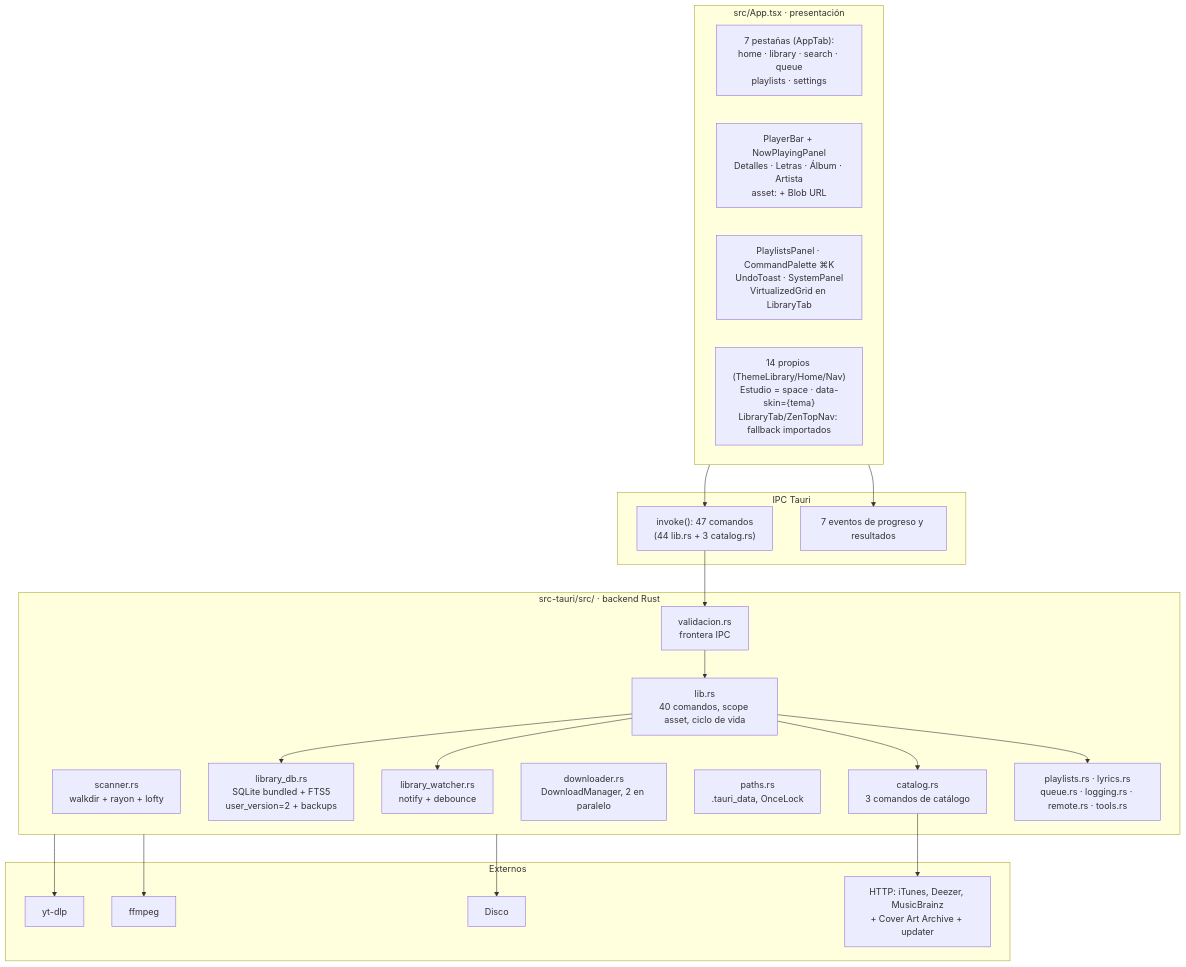
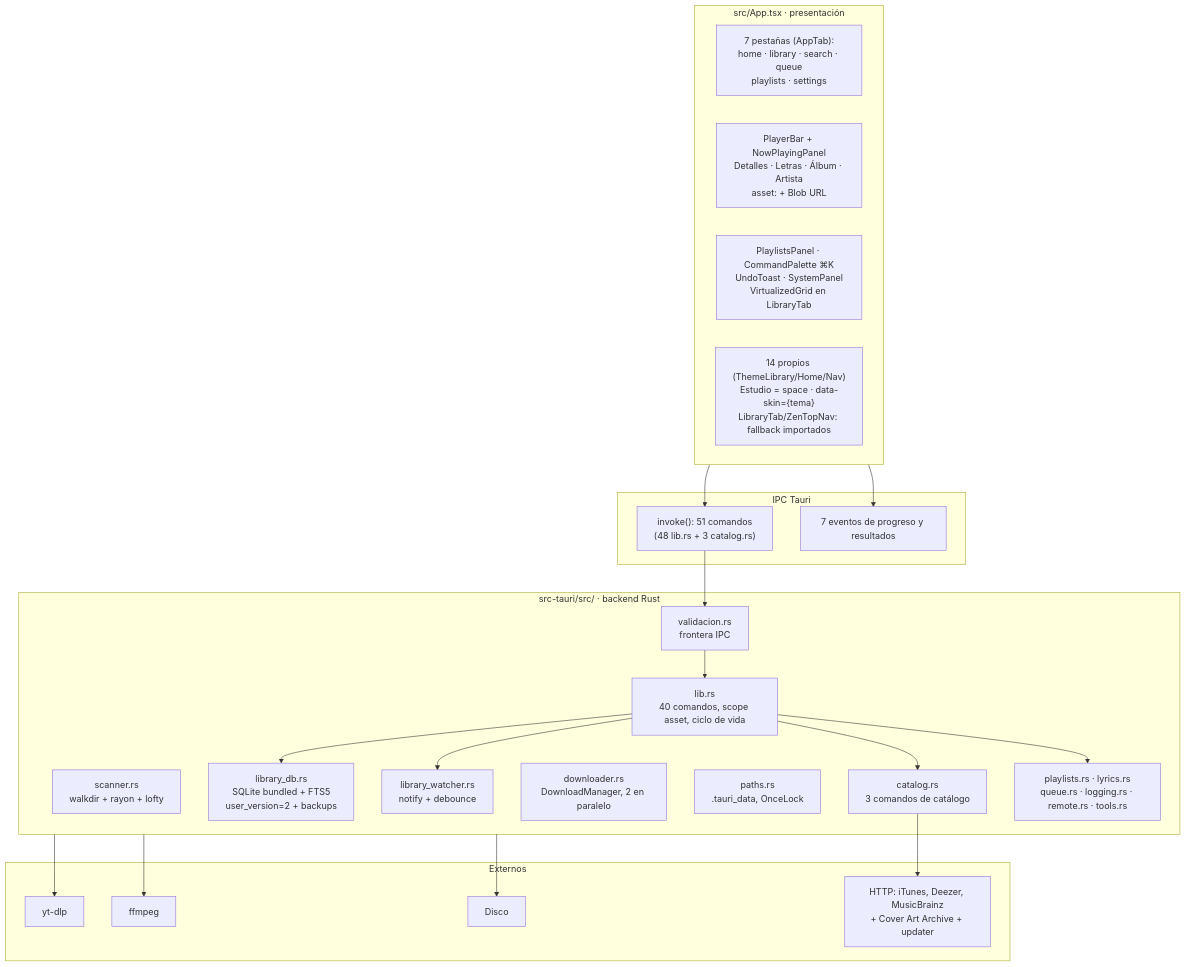
One commit to YordanoCS1/sakura-music changed the second of 5 diagrams in docs/arquitectura.md. Above: the diagram before and after it, drawn with Mermaid. The commit also changed 28 other files, not shown here.

````diff
--- a/docs/arquitectura.md
+++ b/docs/arquitectura.md
@@ -28,46 +28,46 @@
 ```mermaid
 flowchart TB
     subgraph UI["src/App.tsx · presentación"]
         TABS["7 pestañas (AppTab):<br/>home · library · search · queue<br/>playlists · settings"]
         PLAYER["PlayerBar + NowPlayingPanel<br/>Detalles · Letras · Álbum · Artista<br/>asset: + Blob URL"]
         PANEL["PlaylistsPanel · CommandPalette ⌘K<br/>UndoToast · SystemPanel<br/>VirtualizedGrid en LibraryTab"]
         THEME["14 propios (ThemeLibrary/Home/Nav)<br/>Estudio = space · data-skin={tema}<br/>LibraryTab/ZenTopNav: fallback importados"]
     end
 
     subgraph IPC["IPC Tauri"]
-        CMD["invoke(): 47 comandos<br/>(44 lib.rs + 3 catalog.rs)"]
+        CMD["invoke(): 51 comandos<br/>(48 lib.rs + 3 catalog.rs)"]
         EVT["7 eventos de progreso y resultados"]
     end
 
     subgraph CORE["src-tauri/src/ · backend Rust"]
         SCAN["scanner.rs<br/>walkdir + rayon + lofty"]
         DB["library_db.rs<br/>SQLite bundled + FTS5<br/>user_version=2 + backups"]
         WATCH["library_watcher.rs<br/>notify + debounce"]
         DL["downloader.rs<br/>DownloadManager, 2 en paralelo"]
         PATH["paths.rs<br/>.tauri_data, OnceLock"]
         LIB["lib.rs<br/>40 comandos, scope asset, ciclo de vida"]
         CATALOG["catalog.rs<br/>3 comandos de catálogo"]
         VAL["validacion.rs<br/>frontera IPC"]
         PL["playlists.rs · lyrics.rs<br/>queue.rs · logging.rs · remote.rs · tools.rs"]
     end
 
     subgraph EXT["Externos"]
         YTDLP["yt-dlp"]
         FFMPEG["ffmpeg"]
         NET["HTTP: iTunes, Deezer, MusicBrainz<br/>+ Cover Art Archive + updater"]
         DISK["Disco"]
     end
 
     UI --> CMD
     UI --> EVT
     CMD --> VAL
     VAL --> LIB
     LIB --> DB
     LIB --> WATCH
     LIB --> CATALOG
     LIB --> PL
     CORE --> YTDLP
     CORE --> FFMPEG
     CATALOG --> NET
     CORE --> DISK
 ```
````
